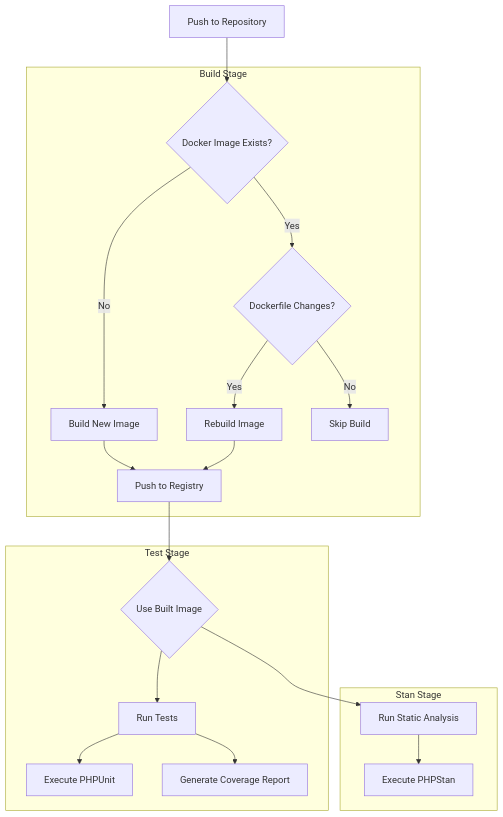
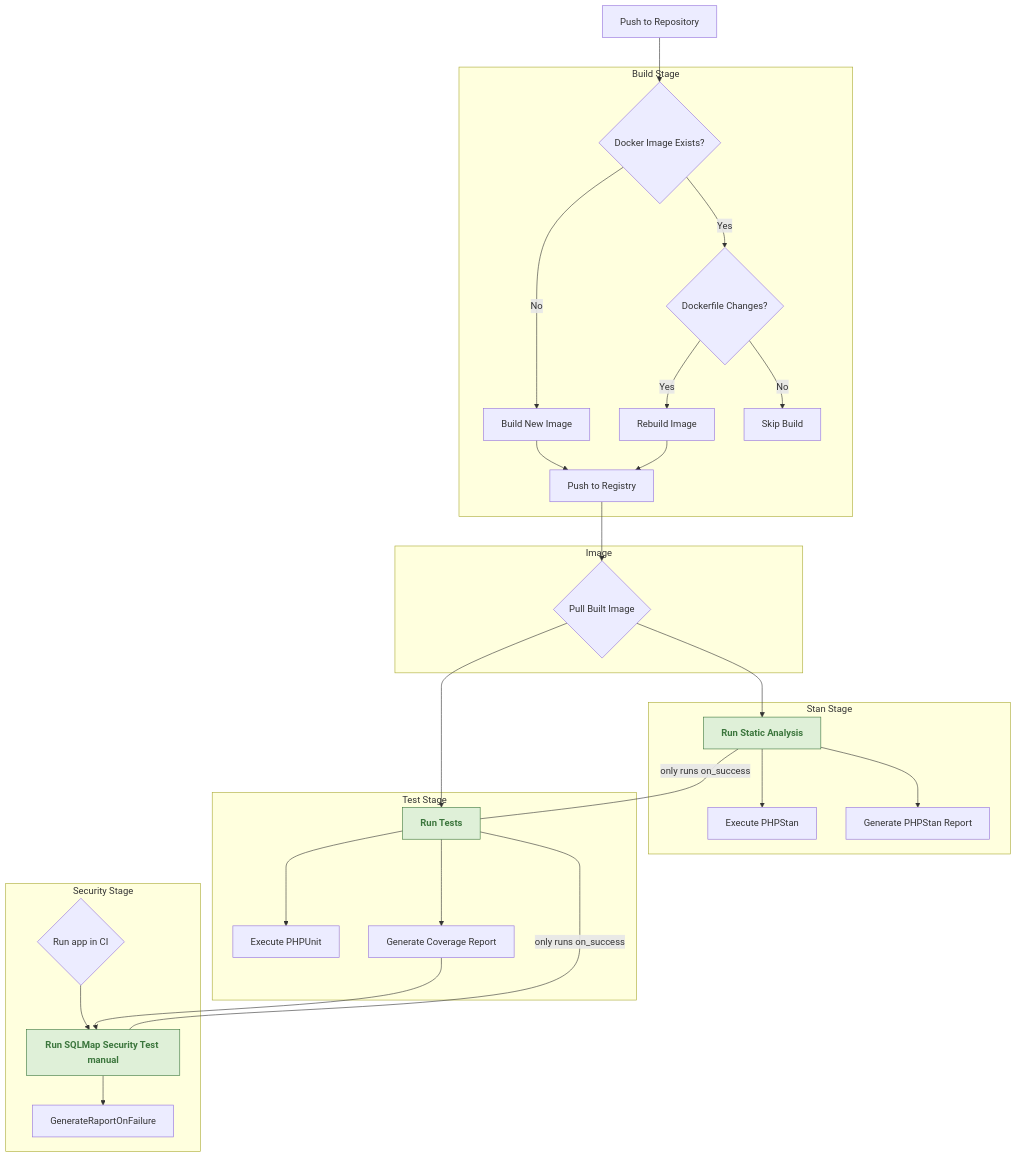
Before and after one commit to Age-Of-Olympia/aoo-engine: the diagram in gitlab-ci/README.md, drawn with Mermaid. The commit also changed other lines of this file and 1 other file, not shown here.

````diff
--- a/gitlab-ci/README.md
+++ b/gitlab-ci/README.md
@@ -127,30 +144,50 @@
 ```mermaid
 graph TD
     Start[Push to Repository] --> CheckImage{Docker Image Exists?}
-    
+
     %% Build Stage
     subgraph "Build Stage"
         CheckImage -->|No| BuildNew[Build New Image]
         CheckImage -->|Yes| CheckChanges{Dockerfile Changes?}
         CheckChanges -->|Yes| RebuildImage[Rebuild Image]
         CheckChanges -->|No| SkipBuild[Skip Build]
         
         BuildNew --> PushRegistry[Push to Registry]
         RebuildImage --> PushRegistry
     end
-    
-    %% Image Distribution
-    PushRegistry --> UseImage{Use Built Image}
-    
-    %% Test and Stan Stages
+
+    %% Image Distribution (Shared)
+    subgraph "Image"
+        PushRegistry --> UseImage{Pull Built Image}
+    end
+
+    %% Stan Stage
+    subgraph "Stan Stage"
+        UseImage --> StanJob[Run Static Analysis]
+        StanJob --> RunPHPStan[Execute PHPStan]
+        StanJob --> GenerateStanReport[Generate PHPStan Report]
+    end
+
+    %% Test Stage
     subgraph "Test Stage"
         UseImage --> TestJob[Run Tests]
         TestJob --> RunPHPUnit[Execute PHPUnit]
         TestJob --> GenerateCoverage[Generate Coverage Report]
     end
-    
-    subgraph "Stan Stage"
-        UseImage --> StaticAnalysis[Run Static Analysis]
-        StaticAnalysis --> RunPHPStan[Execute PHPStan]
+
+    %% Security Stage (manual)
+    subgraph "Security Stage"
+        UseApp{Run app in CI}
+        UseApp --> SecurityTest[Run SQLMap Security Test manual]
+        GenerateCoverage --> SecurityTest
+        SecurityTest --> GenerateRaportOnFailure
     end
+
+    %% Annotations for when:on_success
+    classDef onSuccess fill:#dff0d8,stroke:#3c763d,color:#3c763d,font-weight:bold;
+    class StanJob,TestJob,SecurityTest onSuccess;
+
+    StanJob ---|only runs on_success| TestJob
+    TestJob ---|only runs on_success| SecurityTest
+
 ```
````
